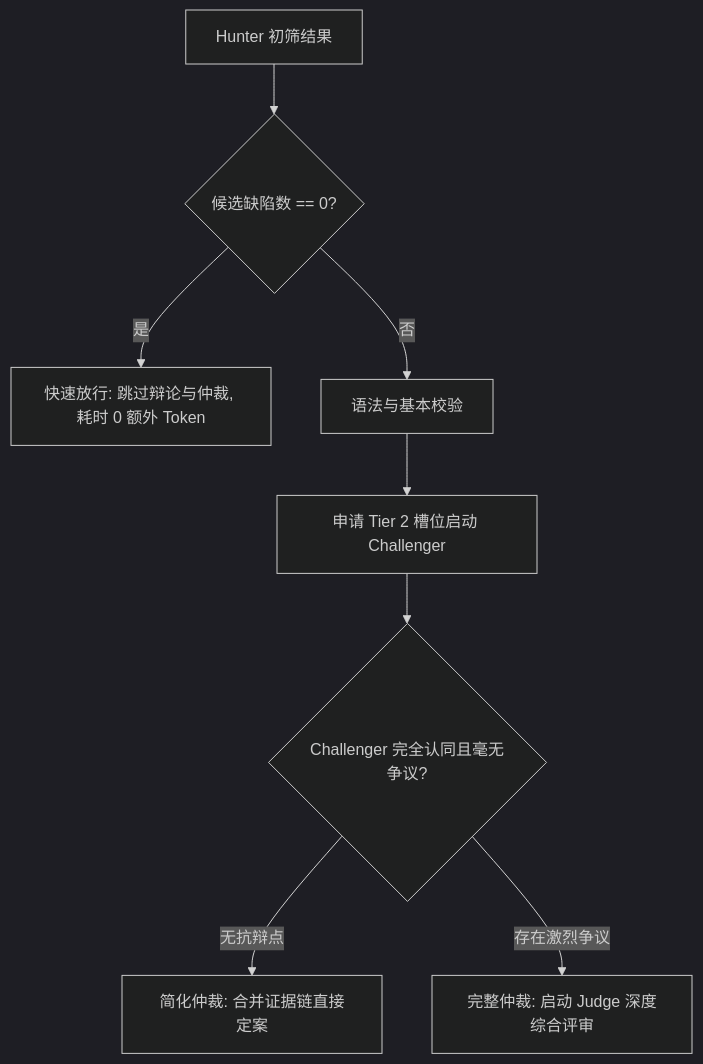
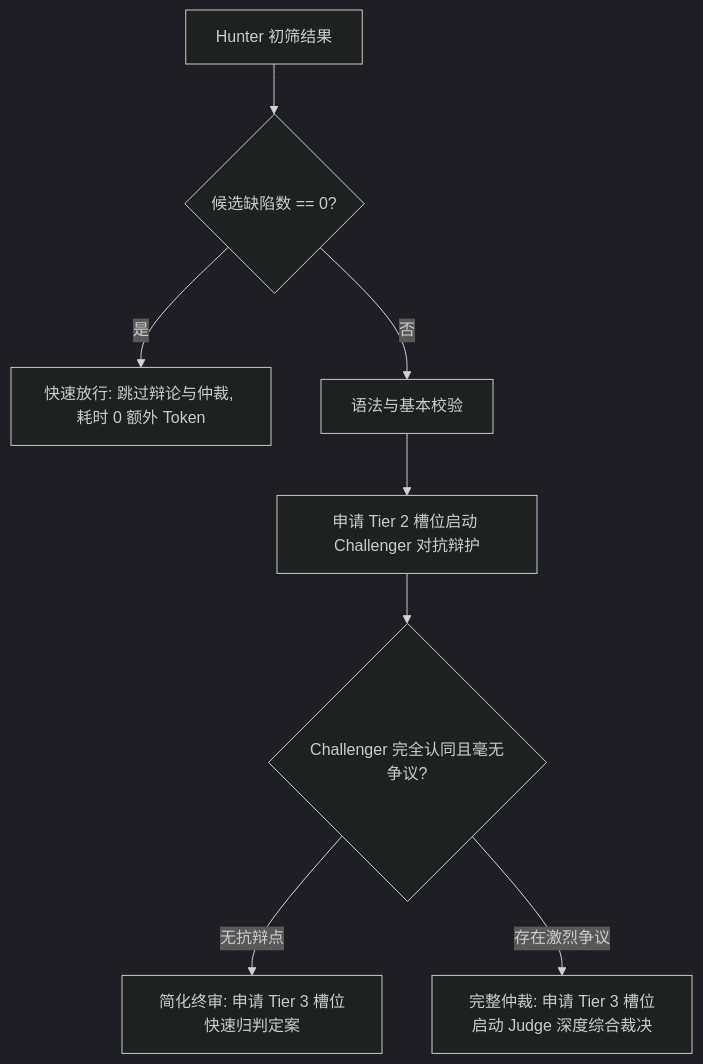
The fourth of 4 diagrams in docs/02-architecture/02-scanner-engines/03-智能体协作与异构调度深度设计.md (fugui/code-shield), drawn with Mermaid (dark theme) before and after one commit. The commit also changed other lines of this file and 6 other files, not shown here.

````diff
--- a/docs/02-architecture/02-scanner-engines/03-智能体协作与异构调度深度设计.md
+++ b/docs/02-architecture/02-scanner-engines/03-智能体协作与异构调度深度设计.md
@@ -243,12 +246,12 @@
 ```mermaid
 flowchart TD
     HunterOutput["Hunter 初筛结果"] --> Check_Empty{"候选缺陷数 == 0?"}
     Check_Empty -->|是| FastPass["快速放行: 跳过辩论与仲裁, 耗时 0 额外 Token"]
     Check_Empty -->|否| Check_Syntax["语法与基本校验"]
     
-    Check_Syntax --> ChallengeDispatch["申请 Tier 2 槽位启动 Challenger"]
+    Check_Syntax --> ChallengeDispatch["申请 Tier 2 槽位启动 Challenger 对抗辩护"]
     ChallengeDispatch --> Check_Consensus{"Challenger 完全认同且毫无争议?"}
     
-    Check_Consensus -->|无抗辩点| FastJudge["简化仲裁: 合并证据链直接定案"]
-    Check_Consensus -->|存在激烈争议| FullDebate["完整仲裁: 启动 Judge 深度综合评审"]
+    Check_Consensus -->|无抗辩点| FastJudge["简化终审: 申请 Tier 3 槽位快速归判定案"]
+    Check_Consensus -->|存在激烈争议| FullDebate["完整仲裁: 申请 Tier 3 槽位启动 Judge 深度综合裁决"]
 ```
````
